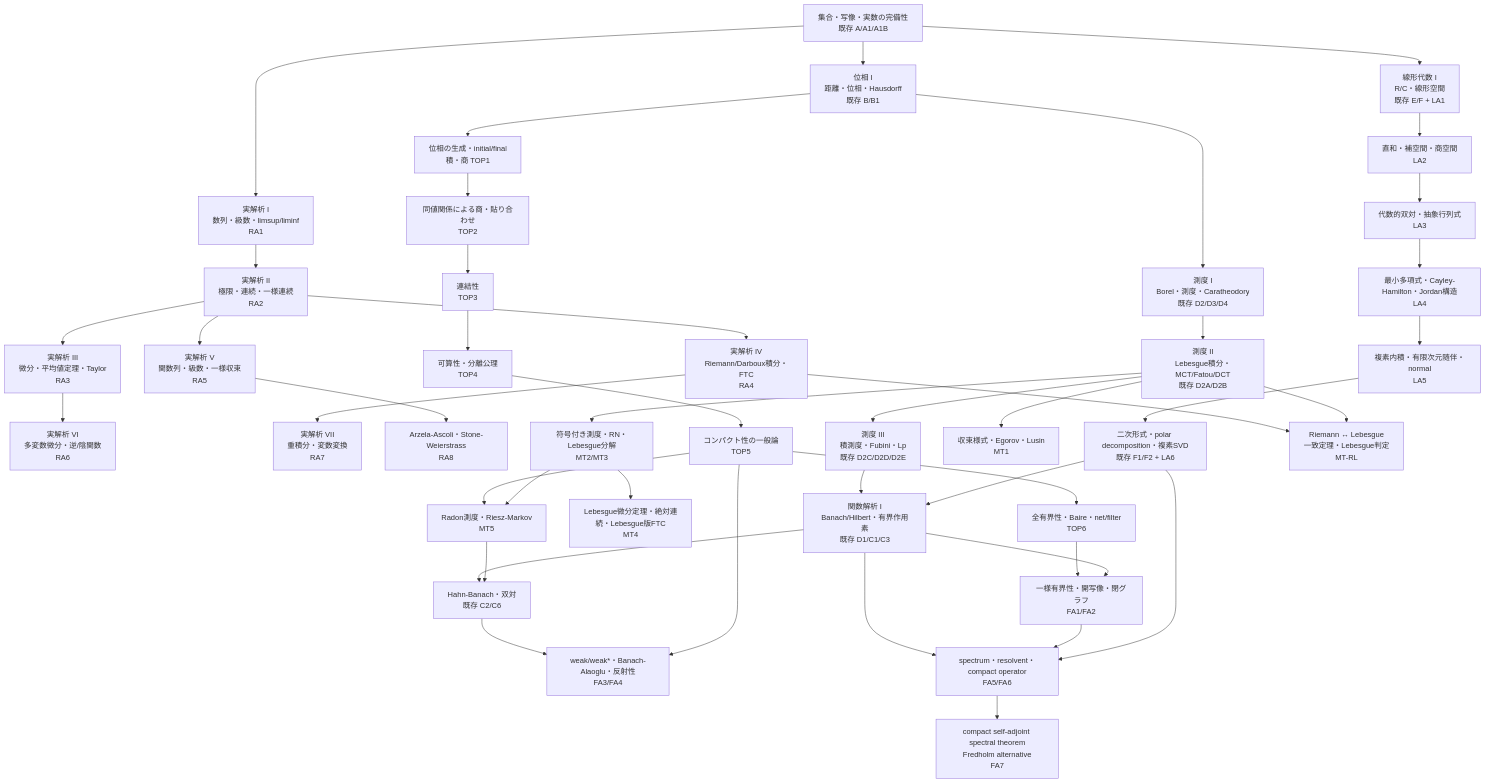
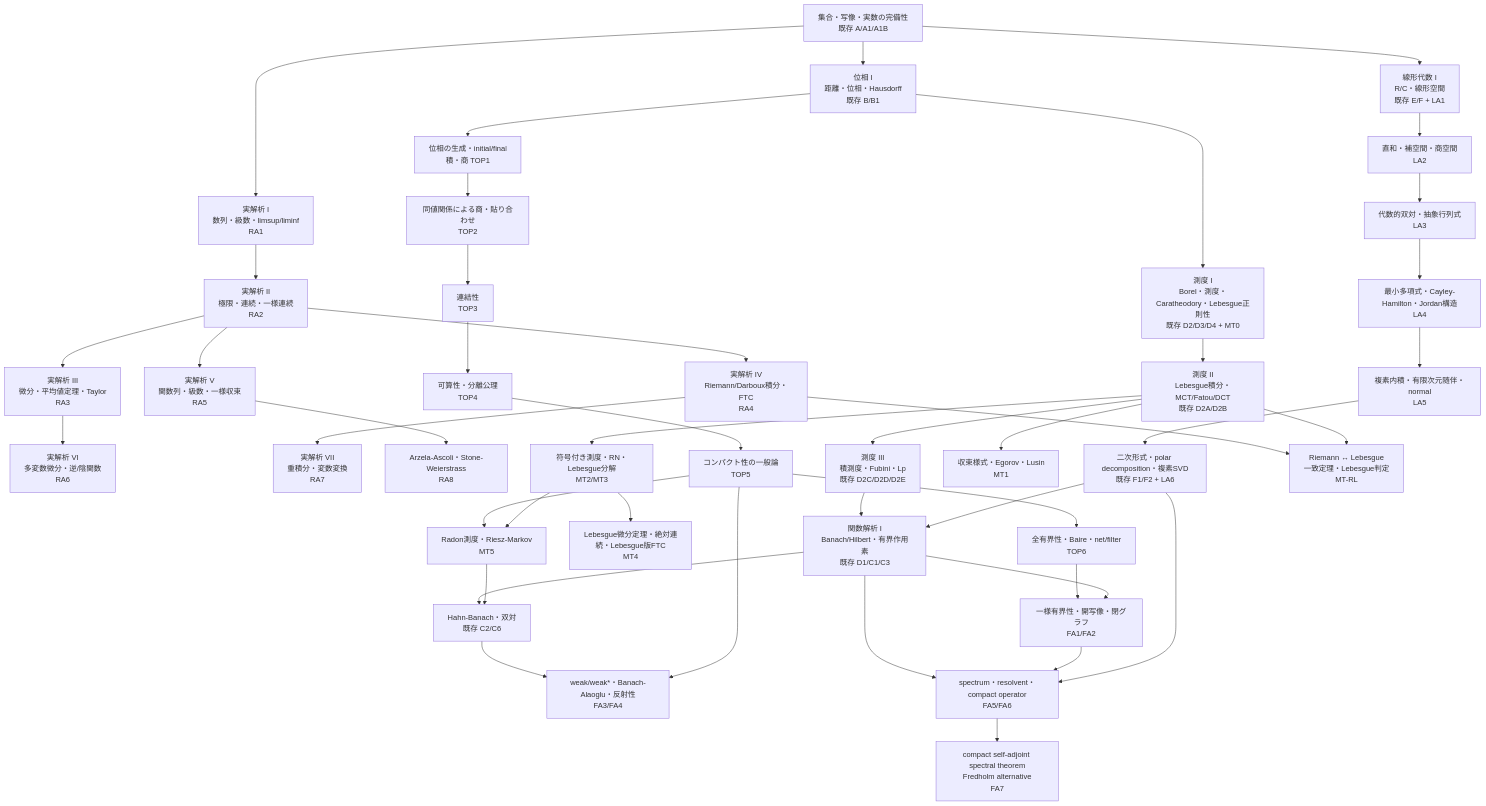
The diagram in textbook/dream-theater-standard-math-core.md (InSuns21/toukei-kentei_grade1_preparation), drawn with Mermaid before and after one commit. The commit also changed other lines of this file, not shown here.

````diff
--- a/textbook/dream-theater-standard-math-core.md
+++ b/textbook/dream-theater-standard-math-core.md
@@ -26,55 +26,55 @@
 ```mermaid
 flowchart TD
   A["集合・写像・実数の完備性<br/>既存 A/A1/A1B"]
 
   A --> RA1["実解析 I<br/>数列・級数・limsup/liminf<br/>RA1"]
   A --> LA1["線形代数 I<br/>R/C・線形空間<br/>既存 E/F + LA1"]
   A --> TOP0["位相 I<br/>距離・位相・Hausdorff<br/>既存 B/B1"]
 
   RA1 --> RA2["実解析 II<br/>極限・連続・一様連続<br/>RA2"]
   RA2 --> RA3["実解析 III<br/>微分・平均値定理・Taylor<br/>RA3"]
   RA2 --> RA4["実解析 IV<br/>Riemann/Darboux積分・FTC<br/>RA4"]
   RA2 --> RA5["実解析 V<br/>関数列・級数・一様収束<br/>RA5"]
   RA3 --> RA6["実解析 VI<br/>多変数微分・逆/陰関数<br/>RA6"]
   RA4 --> RA7["実解析 VII<br/>重積分・変数変換<br/>RA7"]
   RA5 --> RA8["Arzela-Ascoli・Stone-Weierstrass<br/>RA8"]
 
   TOP0 --> TOP1["位相の生成・initial/final<br/>積・商 TOP1"]
   TOP1 --> TOP2["同値関係による商・貼り合わせ<br/>TOP2"]
   TOP2 --> TOP3["連結性<br/>TOP3"]
   TOP3 --> TOP4["可算性・分離公理<br/>TOP4"]
   TOP4 --> TOP5["コンパクト性の一般論<br/>TOP5"]
   TOP5 --> BAIRE["全有界性・Baire・net/filter<br/>TOP6"]
 
   LA1 --> LA2["直和・補空間・商空間<br/>LA2"]
   LA2 --> LA3["代数的双対・抽象行列式<br/>LA3"]
   LA3 --> LA4["最小多項式・Cayley-Hamilton・Jordan構造<br/>LA4"]
   LA4 --> LA5["複素内積・有限次元随伴・normal<br/>LA5"]
   LA5 --> LA6["二次形式・polar decomposition・複素SVD<br/>既存 F1/F2 + LA6"]
 
-  TOP0 --> MT0["測度 I<br/>Borel・測度・Caratheodory<br/>既存 D2/D3/D4"]
+  TOP0 --> MT0["測度 I<br/>Borel・測度・Caratheodory・Lebesgue正則性<br/>既存 D2/D3/D4 + MT0"]
   MT0 --> MTI["測度 II<br/>Lebesgue積分・MCT/Fatou/DCT<br/>既存 D2A/D2B"]
   MTI --> MTP["測度 III<br/>積測度・Fubini・Lp<br/>既存 D2C/D2D/D2E"]
   MTI --> MT1["収束様式・Egorov・Lusin<br/>MT1"]
   MTI --> MT2["符号付き測度・RN・Lebesgue分解<br/>MT2/MT3"]
 
   RA4 --> RLB["Riemann ↔ Lebesgue<br/>一致定理・Lebesgue判定<br/>MT-RL"]
   MTI --> RLB
 
   MT2 --> MT4["Lebesgue微分定理・絶対連続・Lebesgue版FTC<br/>MT4"]
   TOP5 --> MT5["Radon測度・Riesz-Markov<br/>MT5"]
   MT2 --> MT5
 
   MTP --> FA0["関数解析 I<br/>Banach/Hilbert・有界作用素<br/>既存 D1/C1/C3"]
   LA6 --> FA0
   FA0 --> HB["Hahn-Banach・双対<br/>既存 C2/C6"]
   BAIRE --> FA2["一様有界性・開写像・閉グラフ<br/>FA1/FA2"]
   FA0 --> FA2
   HB --> FA4["weak/weak*・Banach-Alaoglu・反射性<br/>FA3/FA4"]
   TOP5 --> FA4
   FA0 --> FA6["spectrum・resolvent・compact operator<br/>FA5/FA6"]
   FA2 --> FA6
   LA6 --> FA6
   FA6 --> FA7["compact self-adjoint spectral theorem<br/>Fredholm alternative<br/>FA7"]
   MT5 --> HB
 ```
````
